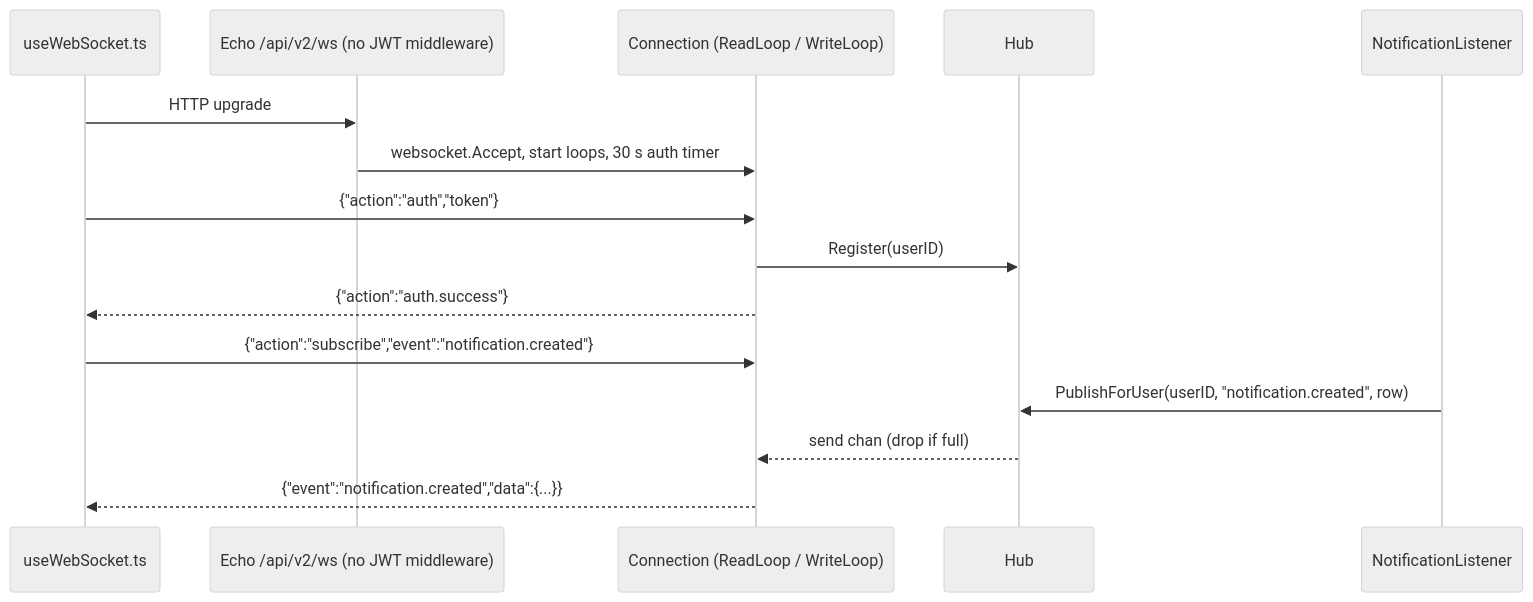
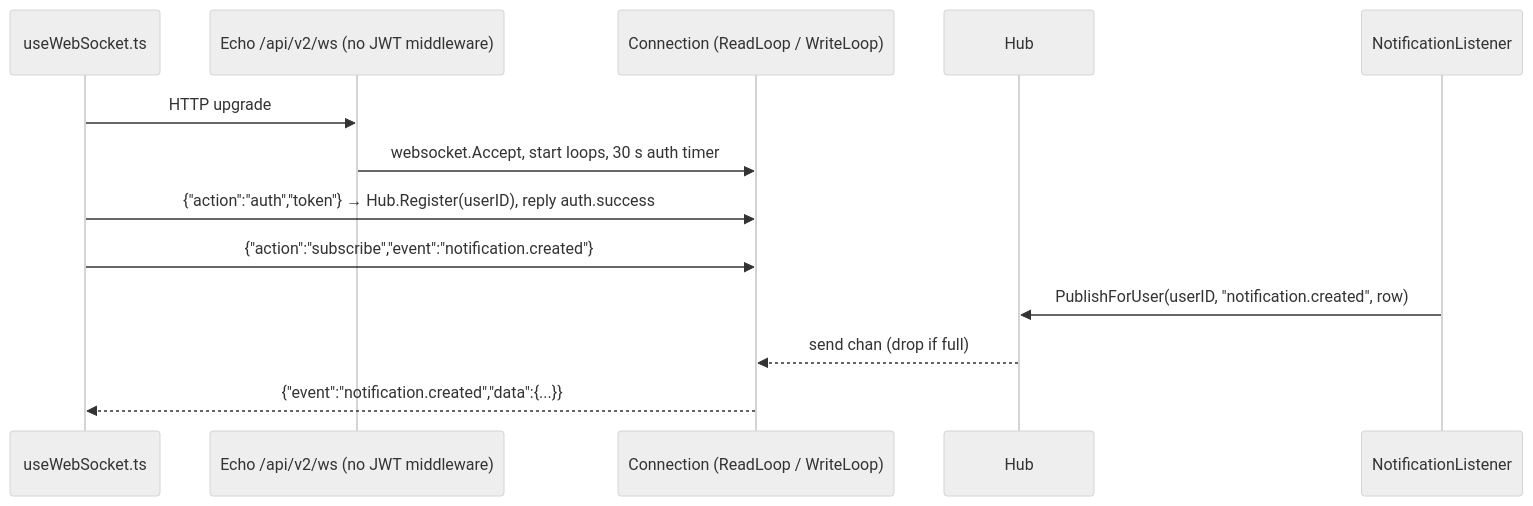
The diagram in .agents/wiki/components/backend/websocket.md (talbama/vikunja-port), drawn with Mermaid (neutral theme) before and after one commit. The commit also changed other lines of this file and 57 other files, not shown here.

````diff
--- a/.agents/wiki/components/backend/websocket.md
+++ b/.agents/wiki/components/backend/websocket.md
@@ -58,17 +58,15 @@
 ```mermaid
 sequenceDiagram
     participant FE as useWebSocket.ts
     participant R as Echo /api/v2/ws (no JWT middleware)
     participant C as Connection (ReadLoop / WriteLoop)
     participant H as Hub
     participant L as NotificationListener
     FE->>R: HTTP upgrade
     R->>C: websocket.Accept, start loops, 30 s auth timer
-    FE->>C: {"action":"auth","token"}
-    C->>H: Register(userID)
-    C-->>FE: {"action":"auth.success"}
+    FE->>C: {"action":"auth","token"} → Hub.Register(userID), reply auth.success
     FE->>C: {"action":"subscribe","event":"notification.created"}
     L->>H: PublishForUser(userID, "notification.created", row)
     H-->>C: send chan (drop if full)
     C-->>FE: {"event":"notification.created","data":{...}}
 ```
````
